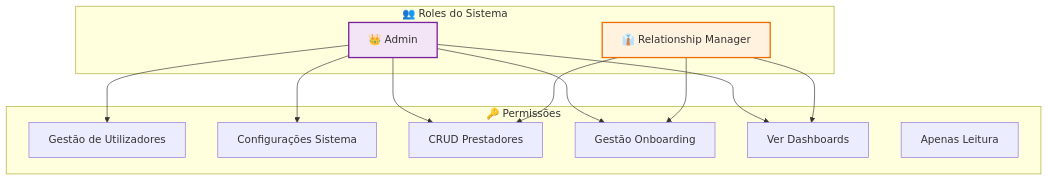
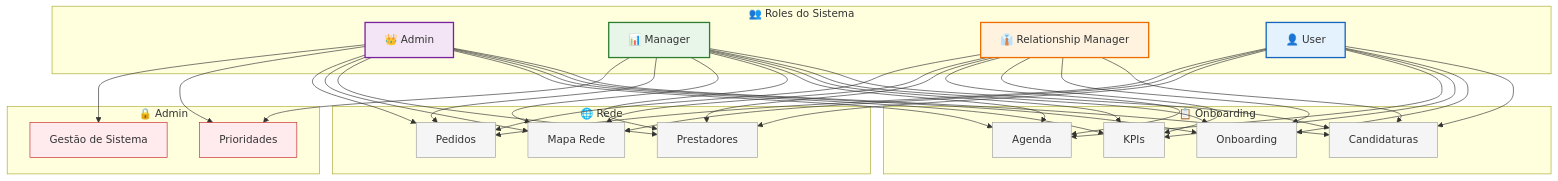
The fifth of 9 diagrams in docs/documentation/diagrams/security/auth-flow.md (hackkalot/crm-prestadores), drawn with Mermaid before and after one commit. The commit also changed other lines of this file and 37 other files, not shown here.

````diff
--- a/docs/documentation/diagrams/security/auth-flow.md
+++ b/docs/documentation/diagrams/security/auth-flow.md
@@ -151,34 +194,55 @@
 ```mermaid
 flowchart TB
     subgraph roles ["👥 Roles do Sistema"]
         admin["👑 Admin"]
+        manager["📊 Manager"]
         rm["👔 Relationship Manager"]
+        user["👤 User"]
     end
 
-    subgraph permissions ["🔑 Permissões"]
-        p1["Gestão de Utilizadores"]
-        p2["Configurações Sistema"]
-        p3["CRUD Prestadores"]
-        p4["Gestão Onboarding"]
-        p5["Ver Dashboards"]
-        p6["Apenas Leitura"]
+    subgraph pages_onb ["📋 Onboarding"]
+        p_cand["Candidaturas"]
+        p_onb["Onboarding"]
+        p_kpis["KPIs"]
+        p_agenda["Agenda"]
     end
 
-    admin --> p1
-    admin --> p2
-    admin --> p3
-    admin --> p4
-    admin --> p5
+    subgraph pages_rede ["🌐 Rede"]
+        p_prest["Prestadores"]
+        p_rede["Mapa Rede"]
+        p_ped["Pedidos"]
+    end
 
-    rm --> p3
-    rm --> p4
-    rm --> p5
+    subgraph pages_admin ["🔒 Admin"]
+        p_prio["Prioridades"]
+        p_users["Gestão de Sistema"]
+    end
+
+    admin --> p_cand & p_onb & p_kpis & p_agenda
+    admin --> p_prest & p_rede & p_ped
+    admin --> p_prio & p_users
+
+    manager --> p_cand & p_onb & p_kpis & p_agenda
+    manager --> p_prest & p_rede & p_ped
+    manager --> p_prio
+
+    rm --> p_cand & p_onb & p_kpis & p_agenda
+    rm --> p_prest & p_rede & p_ped
+
+    user --> p_cand & p_onb & p_kpis & p_agenda
+    user --> p_prest & p_rede & p_ped
 
     classDef adminStyle fill:#f3e5f5,stroke:#7b1fa2,stroke-width:2px
+    classDef managerStyle fill:#e8f5e9,stroke:#2e7d32,stroke-width:2px
     classDef rmStyle fill:#fff3e0,stroke:#ef6c00,stroke-width:2px
     classDef userStyle fill:#e3f2fd,stroke:#1565c0,stroke-width:2px
+    classDef pageStyle fill:#f5f5f5,stroke:#9e9e9e,stroke-width:1px
+    classDef adminPageStyle fill:#ffebee,stroke:#c62828,stroke-width:1px
 
     class admin adminStyle
+    class manager managerStyle
     class rm rmStyle
     class user userStyle
+    class p_cand,p_onb,p_kpis,p_agenda,p_prest,p_rede,p_ped pageStyle
+    class p_prio,p_users adminPageStyle
 ```
````
